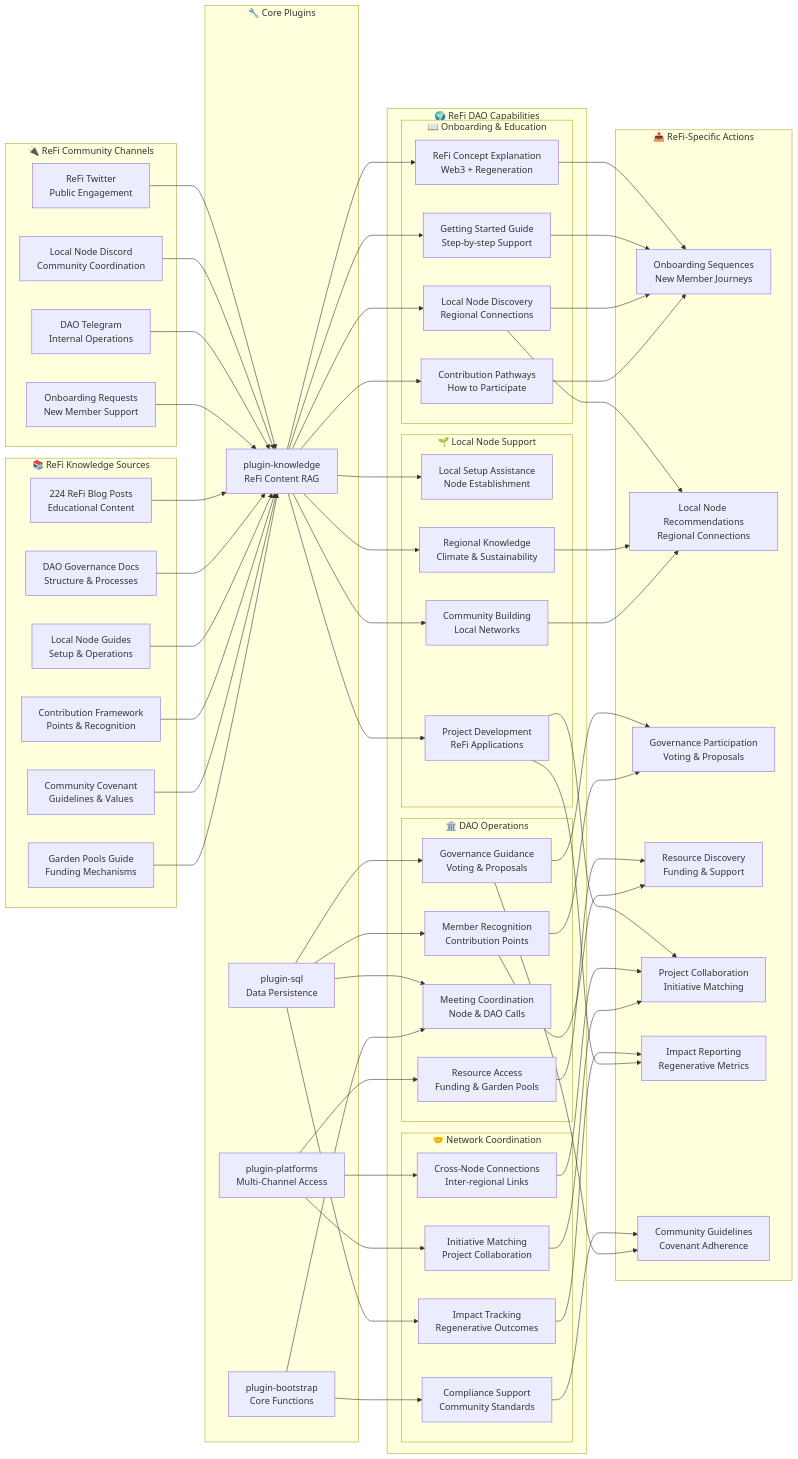
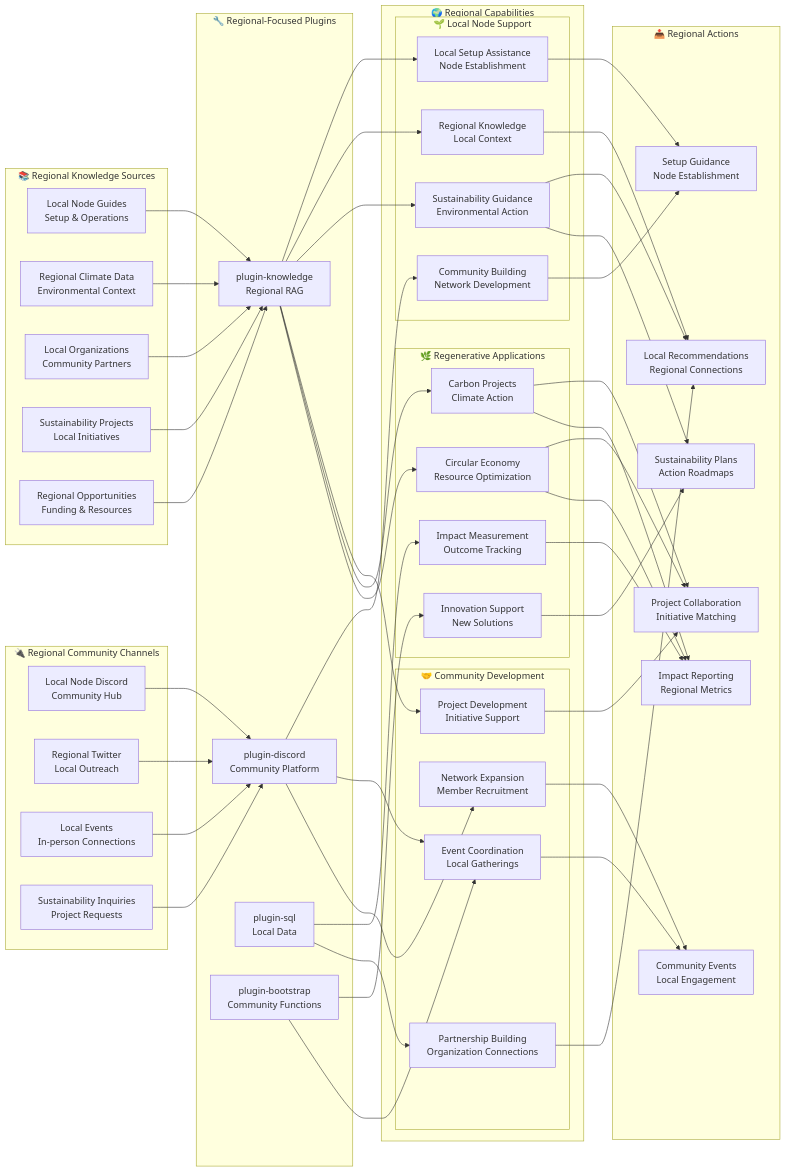
The fourth of 14 diagrams in README.md (ReFiDAO/regen_eliza-refi_dao), drawn with Mermaid before and after one commit. The commit also changed other lines of this file and 19 other files, not shown here.

First line of the commit message:
feat: Update agent branding to ReF[AI] and split practical capability diagrams

````diff
--- a/README.md
+++ b/README.md
@@ -155,129 +377,111 @@
 ```mermaid
 graph LR
-    %% Input Channels - Contextual to ReFi workflows
-    subgraph "🔌 ReFi Community Channels"
-        I1[ReFi Twitter<br/>Public Engagement]
-        I2[Local Node Discord<br/>Community Coordination]
-        I3[DAO Telegram<br/>Internal Operations]
-        I4[Onboarding Requests<br/>New Member Support]
+    %% Input Channels - Regional focus
+    subgraph "🔌 Regional Community Channels"
+        I1[Local Node Discord<br/>Community Hub]
+        I2[Regional Twitter<br/>Local Outreach]
+        I3[Local Events<br/>In-person Connections]
+        I4[Sustainability Inquiries<br/>Project Requests]
     end
     
-    %% ReFi Knowledge Base
-    subgraph "📚 ReFi Knowledge Sources"
-        K1[224 ReFi Blog Posts<br/>Educational Content]
-        K2[DAO Governance Docs<br/>Structure & Processes]
-        K3[Local Node Guides<br/>Setup & Operations]
-        K4[Contribution Framework<br/>Points & Recognition]
-        K5[Community Covenant<br/>Guidelines & Values]
-        K6[Garden Pools Guide<br/>Funding Mechanisms]
+    %% Regional Knowledge Base
+    subgraph "📚 Regional Knowledge Sources"
+        K1[Local Node Guides<br/>Setup & Operations]
+        K2[Regional Climate Data<br/>Environmental Context]
+        K3[Local Organizations<br/>Community Partners]
+        K4[Sustainability Projects<br/>Local Initiatives]
+        K5[Regional Opportunities<br/>Funding & Resources]
     end
     
-    %% Core Plugins (same as template)
-    subgraph "🔧 Core Plugins"
-        P1[plugin-sql<br/>Data Persistence]
-        P2[plugin-knowledge<br/>ReFi Content RAG]
-        P3[plugin-platforms<br/>Multi-Channel Access]
-        P4[plugin-bootstrap<br/>Core Functions]
+    %% Core Plugins for Regional Support
+    subgraph "🔧 Regional-Focused Plugins"
+        P1[plugin-discord<br/>Community Platform]
+        P2[plugin-knowledge<br/>Regional RAG]
+        P3[plugin-sql<br/>Local Data]
+        P4[plugin-bootstrap<br/>Community Functions]
     end
     
-    %% ReFi-Specific Capabilities
-    subgraph "🌍 ReFi DAO Capabilities"
-        subgraph "📖 Onboarding & Education"
-            RC1[ReFi Concept Explanation<br/>Web3 + Regeneration]
-            RC2[Getting Started Guide<br/>Step-by-step Support]
-            RC3[Local Node Discovery<br/>Regional Connections]
-            RC4[Contribution Pathways<br/>How to Participate]
+    %% Regional Capabilities
+    subgraph "🌍 Regional Capabilities"
+        subgraph "🌱 Local Node Support"
+            RC1[Local Setup Assistance<br/>Node Establishment]
+            RC2[Community Building<br/>Network Development]
+            RC3[Regional Knowledge<br/>Local Context]
+            RC4[Sustainability Guidance<br/>Environmental Action]
         end
         
-        subgraph "🏛️ DAO Operations"
-            RC5[Governance Guidance<br/>Voting & Proposals]
-            RC6[Member Recognition<br/>Contribution Points]
-            RC7[Meeting Coordination<br/>Node & DAO Calls]
-            RC8[Resource Access<br/>Funding & Garden Pools]
+        subgraph "🤝 Community Development"
+            RC5[Partnership Building<br/>Organization Connections]
+            RC6[Event Coordination<br/>Local Gatherings]
+            RC7[Project Development<br/>Initiative Support]
+            RC8[Network Expansion<br/>Member Recruitment]
         end
         
-        subgraph "🌱 Local Node Support"
-            RC9[Local Setup Assistance<br/>Node Establishment]
-            RC10[Regional Knowledge<br/>Climate & Sustainability]
-            RC11[Community Building<br/>Local Networks]
-            RC12[Project Development<br/>ReFi Applications]
-        end
-        
-        subgraph "🤝 Network Coordination"
-            RC13[Cross-Node Connections<br/>Inter-regional Links]
-            RC14[Initiative Matching<br/>Project Collaboration]
-            RC15[Impact Tracking<br/>Regenerative Outcomes]
-            RC16[Compliance Support<br/>Community Standards]
+        subgraph "🌿 Regenerative Applications"
+            RC9[Carbon Projects<br/>Climate Action]
+            RC10[Circular Economy<br/>Resource Optimization]
+            RC11[Impact Measurement<br/>Outcome Tracking]
+            RC12[Innovation Support<br/>New Solutions]
         end
     end
     
-    %% Practical Output Actions
-    subgraph "📤 ReFi-Specific Actions"
-        O1[Onboarding Sequences<br/>New Member Journeys]
-        O2[Local Node Recommendations<br/>Regional Connections]
-        O3[Governance Participation<br/>Voting & Proposals]
-        O4[Resource Discovery<br/>Funding & Support]
-        O5[Project Collaboration<br/>Initiative Matching]
-        O6[Impact Reporting<br/>Regenerative Metrics]
-        O7[Community Guidelines<br/>Covenant Adherence]
+    %% Regional Output Actions
+    subgraph "📤 Regional Actions"
+        O1[Local Recommendations<br/>Regional Connections]
+        O2[Setup Guidance<br/>Node Establishment]
+        O3[Project Collaboration<br/>Initiative Matching]
+        O4[Community Events<br/>Local Engagement]
+        O5[Impact Reporting<br/>Regional Metrics]
+        O6[Sustainability Plans<br/>Action Roadmaps]
     end
     
     %% Data Flow Connections
-    I1 --> P2
-    I2 --> P2
-    I3 --> P2
-    I4 --> P2
+    I1 --> P1
+    I2 --> P1
+    I3 --> P1
+    I4 --> P1
     
     K1 --> P2
     K2 --> P2
     K3 --> P2
     K4 --> P2
     K5 --> P2
-    K6 --> P2
     
-    P1 --> RC5
+    P1 --> RC2
     P1 --> RC6
-    P1 --> RC7
-    P1 --> RC15
+    P1 --> RC8
     
     P2 --> RC1
-    P2 --> RC2
     P2 --> RC3
     P2 --> RC4
+    P2 --> RC7
     P2 --> RC9
     P2 --> RC10
-    P2 --> RC11
-    P2 --> RC12
     
-    P3 --> RC13
-    P3 --> RC14
-    P3 --> RC8
+    P3 --> RC11
+    P3 --> RC5
     
-    P4 --> RC16
-    P4 --> RC7
+    P4 --> RC12
+    P4 --> RC6
     
-    RC1 --> O1
-    RC2 --> O1
     RC3 --> O1
     RC4 --> O1
+    RC5 --> O1
     
-    RC3 --> O2
-    RC10 --> O2
-    RC11 --> O2
+    RC1 --> O2
+    RC2 --> O2
     
-    RC5 --> O3
-    RC6 --> O3
+    RC7 --> O3
+    RC9 --> O3
+    RC10 --> O3
     
+    RC6 --> O4
     RC8 --> O4
-    RC6 --> O4
     
-    RC12 --> O5
-    RC13 --> O5
-    RC14 --> O5
+    RC11 --> O5
+    RC9 --> O5
+    RC10 --> O5
     
-    RC15 --> O6
+    RC4 --> O6
     RC12 --> O6
-    
-    RC16 --> O7
-    RC5 --> O7
 ```
````
